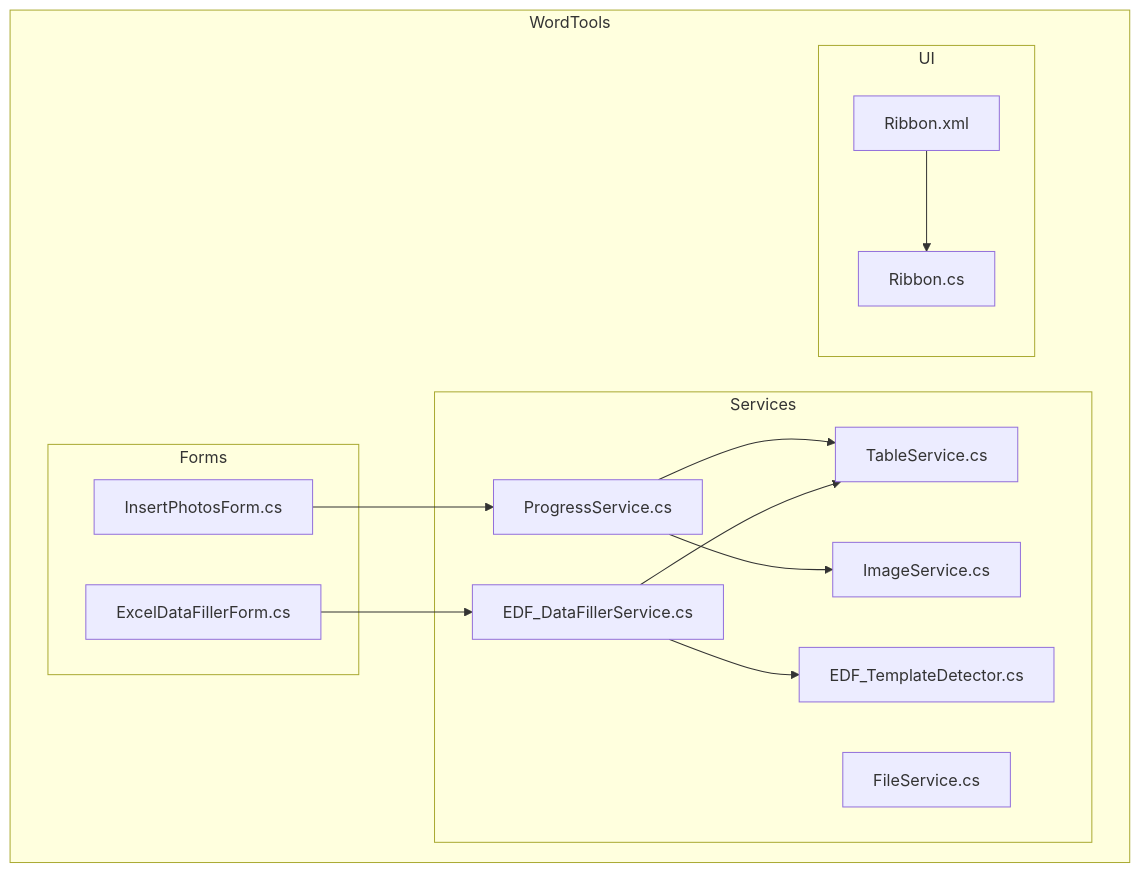
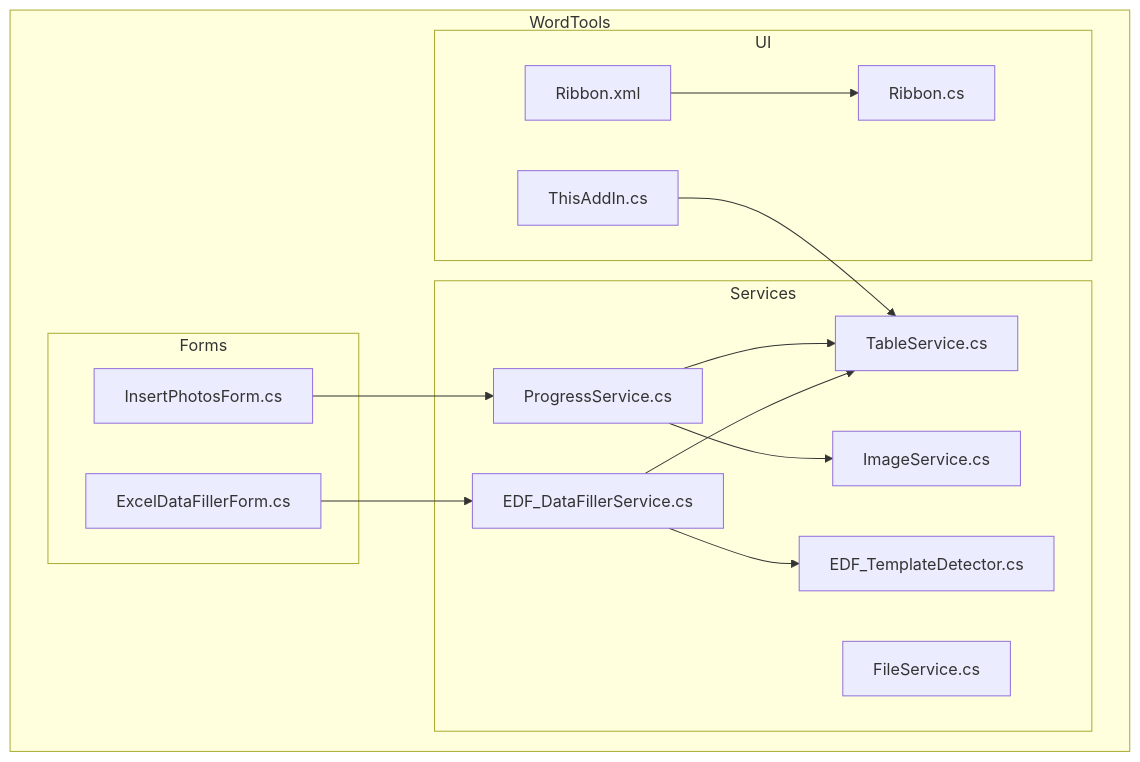
The first of 17 diagrams in .qoder/repowiki/zh/content/服务层/表格服务.md (rainiva/WordTools), drawn with Mermaid before and after one commit. The commit also changed other lines of this file and 7 other files, not shown here.

````diff
--- a/.qoder/repowiki/zh/content/服务层/表格服务.md
+++ b/.qoder/repowiki/zh/content/服务层/表格服务.md
@@ -49,28 +54,30 @@
 ```mermaid
 graph TB
 subgraph "WordTools"
 subgraph "Forms"
 IPF["InsertPhotosForm.cs"]
 EDF["ExcelDataFillerForm.cs"]
 end
 subgraph "Services"
 TS["TableService.cs"]
 IS["ImageService.cs"]
 PS["ProgressService.cs"]
 EDFS["EDF_DataFillerService.cs"]
 EDFT["EDF_TemplateDetector.cs"]
 FS["FileService.cs"]
 end
 subgraph "UI"
 RBXML["Ribbon.xml"]
 RB["Ribbon.cs"]
+TAI["ThisAddIn.cs"]
 end
 end
 IPF --> PS
 PS --> TS
 PS --> IS
 EDF --> EDFS
 EDFS --> TS
 EDFS --> EDFT
 RBXML --> RB
+TAI --> TS
 ```
````
